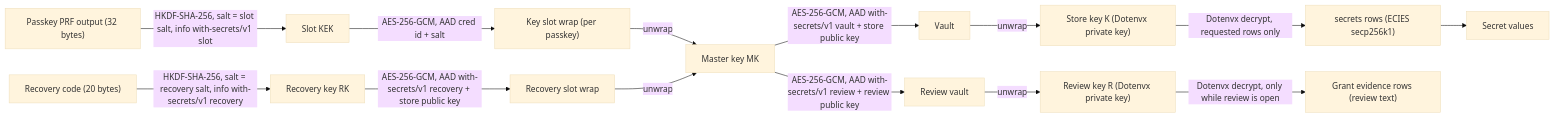
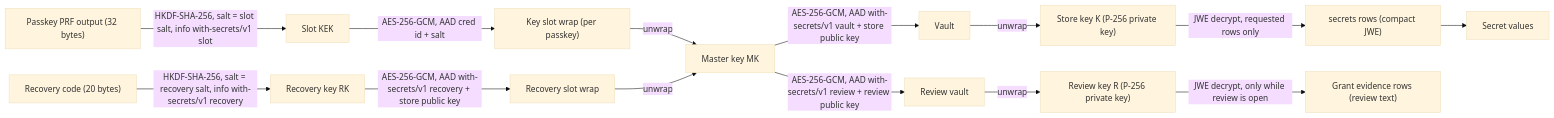
The second of 8 diagrams in docs/architecture.md (CodePenguin/with-secrets), drawn with Mermaid (base theme) before and after one commit. The commit also changed other lines of this file and 63 other files, not shown here.

Commit message:
Use JWE storage and delegate dotenvx to the requesting user

````diff
--- a/docs/architecture.md
+++ b/docs/architecture.md
@@ -102,31 +102,31 @@
 ```mermaid
 flowchart LR
     PRF["Passkey PRF output (32 bytes)"]
     KEK["Slot KEK"]
     Slot["Key slot wrap (per passkey)"]
     MK["Master key MK"]
     Vault["Vault"]
-    K["Store key K (Dotenvx private key)"]
-    Rows["secrets rows (ECIES secp256k1)"]
+    K["Store key K (P-256 private key)"]
+    Rows["secrets rows (compact JWE)"]
     Vals["Secret values"]
     Code["Recovery code (20 bytes)"]
     RK["Recovery key RK"]
     RSlot["Recovery slot wrap"]
     RVault["Review vault"]
-    R["Review key R (Dotenvx private key)"]
+    R["Review key R (P-256 private key)"]
     Evidence["Grant evidence rows (review text)"]
 
     PRF -->|"HKDF-SHA-256, salt = slot salt, info with-secrets/v1 slot"| KEK
     KEK -->|"AES-256-GCM, AAD cred id + salt"| Slot
     Slot -->|"unwrap"| MK
     Code -->|"HKDF-SHA-256, salt = recovery salt, info with-secrets/v1 recovery"| RK
     RK -->|"AES-256-GCM, AAD with-secrets/v1 recovery + store public key"| RSlot
     RSlot -->|"unwrap"| MK
     MK -->|"AES-256-GCM, AAD with-secrets/v1 vault + store public key"| Vault
     Vault -->|"unwrap"| K
-    K -->|"Dotenvx decrypt, requested rows only"| Rows
+    K -->|"JWE decrypt, requested rows only"| Rows
     Rows --> Vals
     MK -->|"AES-256-GCM, AAD with-secrets/v1 review + review public key"| RVault
     RVault -->|"unwrap"| R
-    R -->|"Dotenvx decrypt, only while review is open"| Evidence
+    R -->|"JWE decrypt, only while review is open"| Evidence
 ```
````
